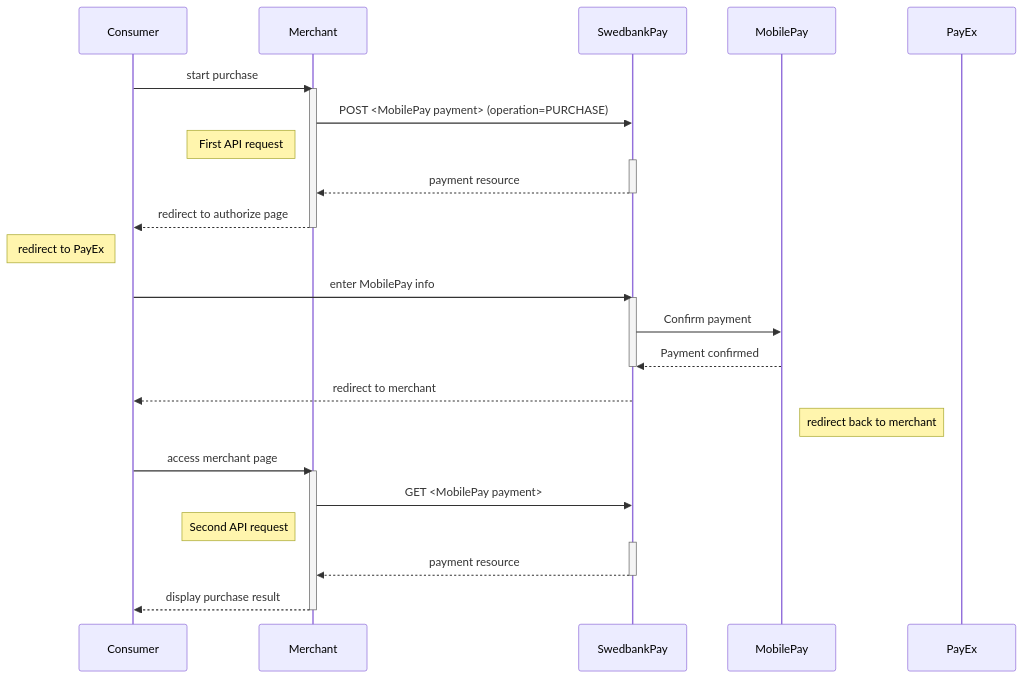
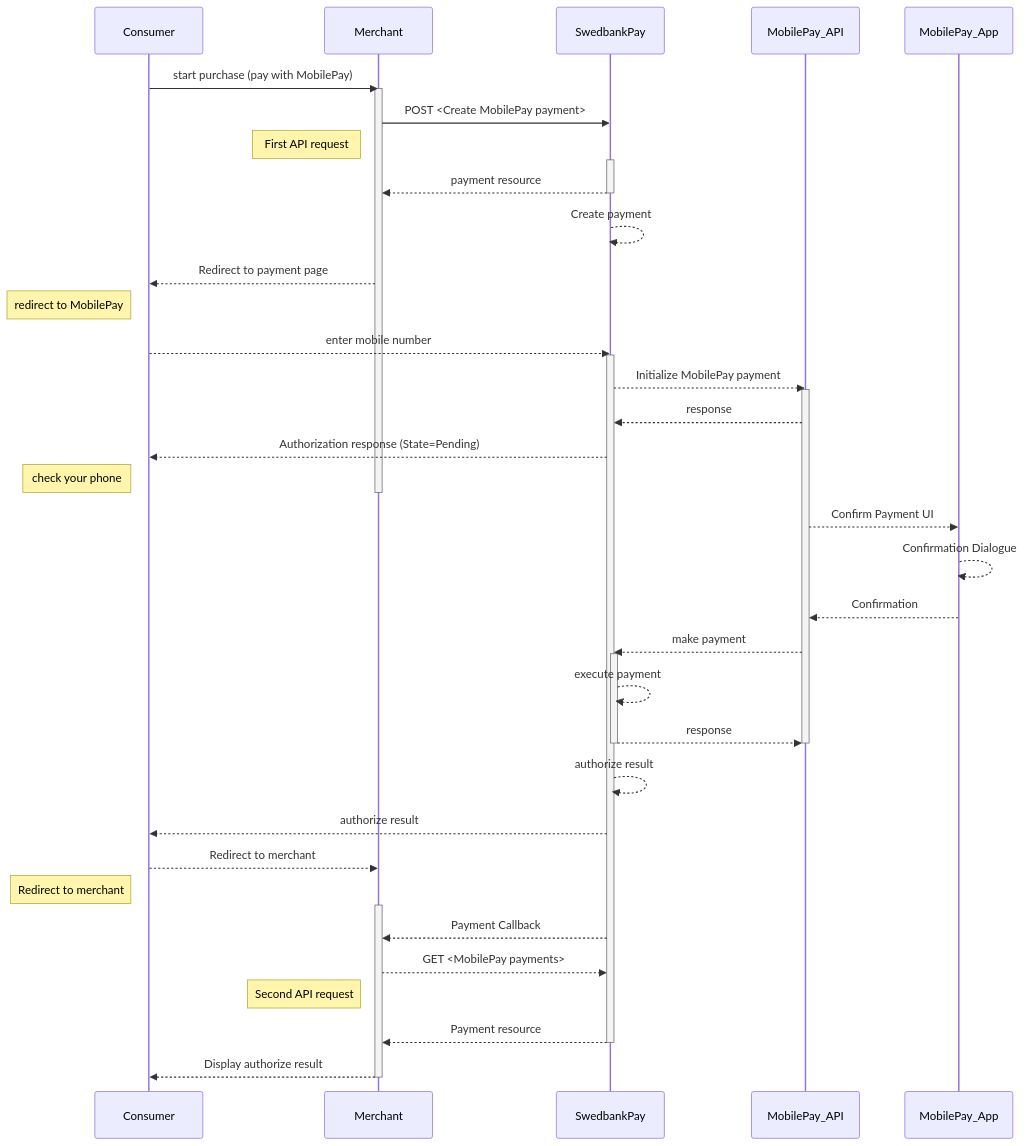
One commit to SwedbankPay/developer.swedbankpay.com changed the diagram in payments/mobile-pay/redirect.md. Above: the diagram before and after it, drawn with Mermaid. The commit also changed other lines of this file, not shown here.

Commit message:
dx-505 fixed seq diagram and intro in MobilePay Redirect

````diff
--- a/payments/mobile-pay/redirect.md
+++ b/payments/mobile-pay/redirect.md
@@ -69,32 +72,45 @@
 ```mermaid
 sequenceDiagram
-  Consumer->>Merchant: start purchase
-  Activate Merchant
-  Merchant->>SwedbankPay: POST <MobilePay payment> (operation=PURCHASE)
+  Consumer->>Merchant: start purchase (pay with MobilePay)
+  activate Merchant
+
+  Merchant->>SwedbankPay: POST <Create MobilePay payment>
   note left of Merchant: First API request
-  Activate SwedbankPay
+  activate SwedbankPay
   SwedbankPay-->>Merchant: payment resource
-  Deactivate SwedbankPay
-  Merchant-->>Consumer: redirect to authorize page
-  Deactivate Merchant
-  note left of Consumer: redirect to PayEx
+  deactivate SwedbankPay
+  SwedbankPay -->> SwedbankPay: Create payment
+  Merchant-->>Consumer: Redirect to payment page
+  note left of Consumer: redirect to MobilePay
+  Consumer-->>SwedbankPay: enter mobile number
+  activate SwedbankPay
 
-  Consumer->>SwedbankPay: enter MobilePay info
-  Activate SwedbankPay
-  SwedbankPay->>MobilePay: Confirm payment
-  MobilePay-->>SwedbankPay: Payment confirmed
-  Deactivate SwedbankPay
+  SwedbankPay-->>MobilePay_API: Initialize MobilePay payment
+  activate MobilePay_API
+  MobilePay_API-->>SwedbankPay: response
+  SwedbankPay-->>Consumer: Authorization response (State=Pending)
+  note left of Consumer: check your phone
+  deactivate Merchant
 
-  SwedbankPay-->>Consumer: redirect to merchant
-  note left of PayEx: redirect back to merchant
-
-  Consumer->>Merchant: access merchant page
-  Activate Merchant
-  Merchant->>SwedbankPay: GET <MobilePay payment>
+  MobilePay_API-->>MobilePay_App: Confirm Payment UI
+  MobilePay_App-->>MobilePay_App: Confirmation Dialogue
+  MobilePay_App-->>MobilePay_API: Confirmation
+  MobilePay_API-->>SwedbankPay: make payment
+  activate SwedbankPay
+  SwedbankPay-->>SwedbankPay: execute payment
+  SwedbankPay-->>MobilePay_API: response
+  deactivate SwedbankPay
+  deactivate MobilePay_API
+  SwedbankPay-->>SwedbankPay: authorize result
+  SwedbankPay-->>Consumer: authorize result
+  Consumer-->>Merchant: Redirect to merchant
+  note left of Consumer: Redirect to merchant
+  activate Merchant
+  SwedbankPay-->>Merchant: Payment Callback
+  Merchant-->>SwedbankPay: GET <MobilePay payments>
   note left of Merchant: Second API request
-  Activate SwedbankPay
-  SwedbankPay-->>Merchant: payment resource
-  Deactivate SwedbankPay
-  Merchant-->>Consumer: display purchase result
-  Deactivate Merchant
+  SwedbankPay-->>Merchant: Payment resource
+  deactivate SwedbankPay
+  Merchant-->>Consumer: Display authorize result
+  deactivate Merchant
 ```
````
